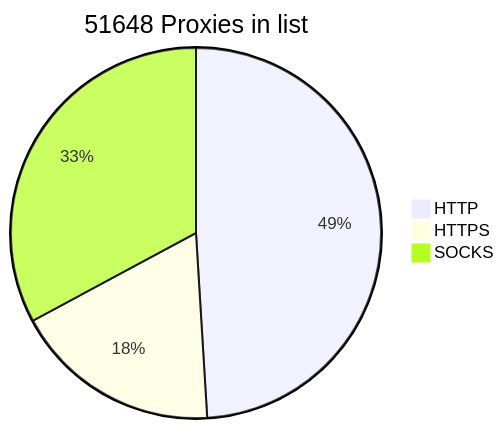
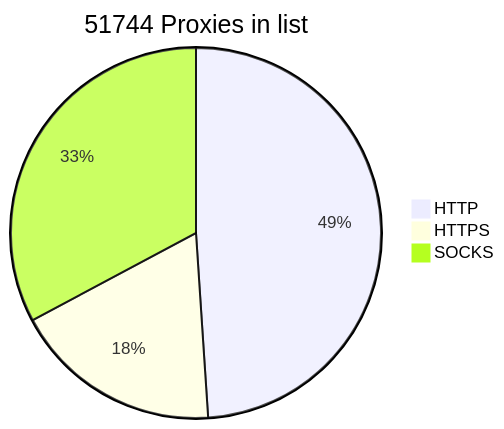
Before and after one commit to BlackSnowDot/proxylist-update-every-minute: the diagram in README.md, drawn with Mermaid. The commit also changed other lines of this file, not shown here.

````diff
--- a/README.md
+++ b/README.md
@@ -2,6 +2,6 @@
 ```mermaid
-pie title 51648 Proxies in list
+pie title 51744 Proxies in list
     "HTTP" : 28519
-    "HTTPS": 10537
+    "HTTPS": 10633
     "SOCKS" : 19106
 ```
````
